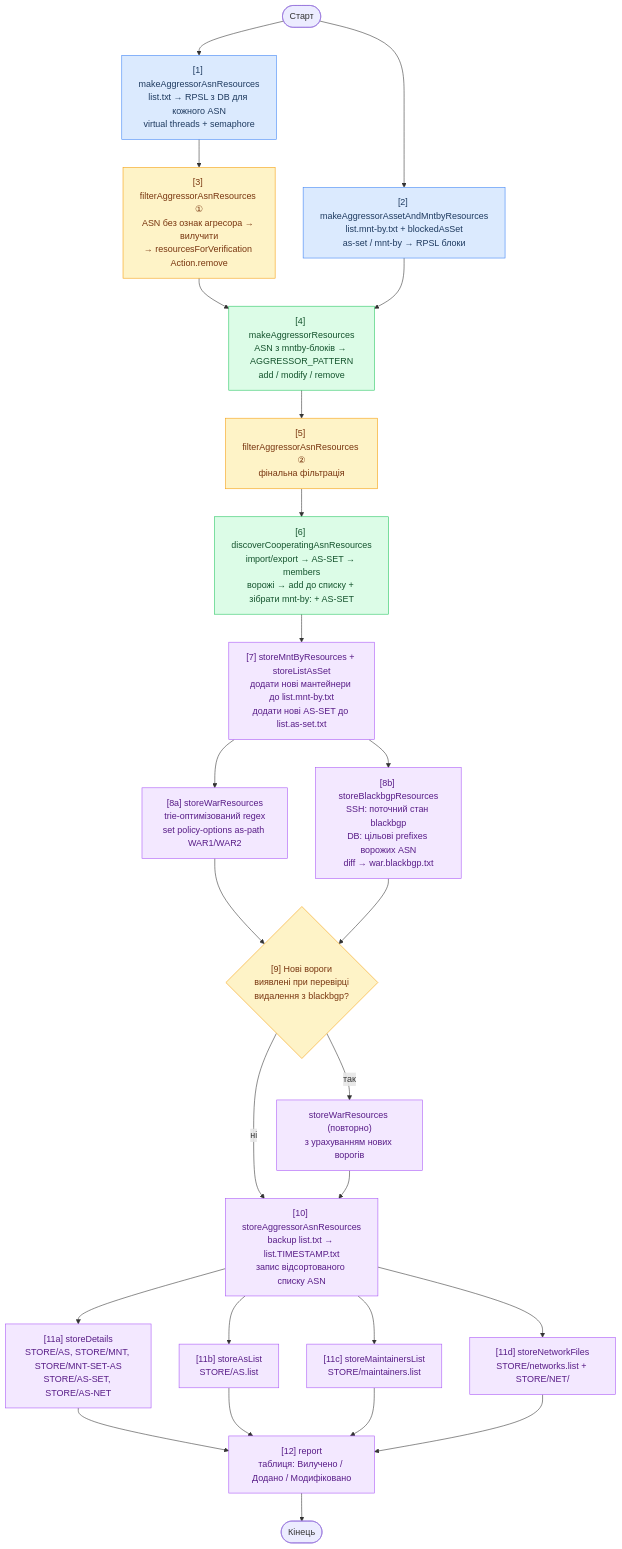
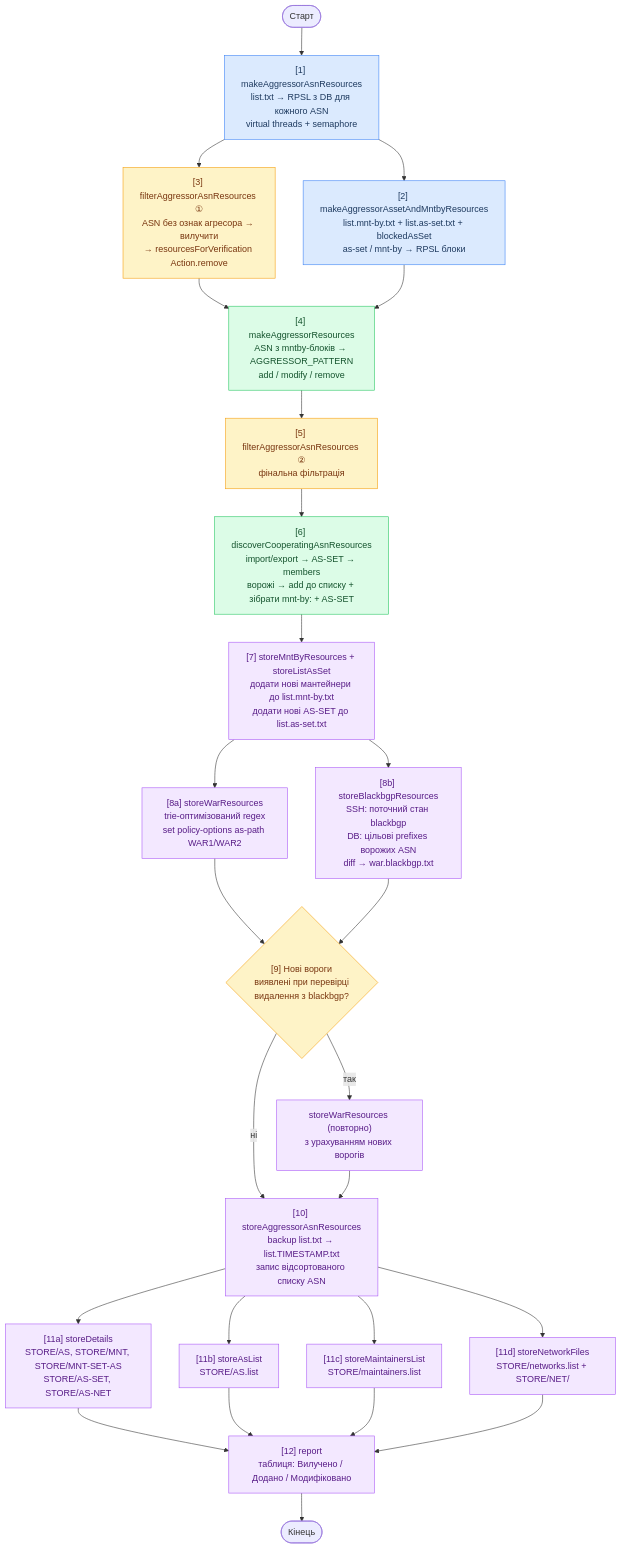
Before and after one commit to oldengremlin/asblockwar: the diagram in README.md, drawn with Mermaid. The commit also changed other lines of this file, not shown here.

````diff
--- a/README.md
+++ b/README.md
@@ -196,68 +198,68 @@
 ```mermaid
 flowchart TD
     Start([Старт])
 
     Start --> M1
-    Start --> M2
+    M1 --> M2
 
     M1["[1] makeAggressorAsnResources\nlist.txt → RPSL з DB для кожного ASN\nvirtual threads + semaphore"]
-    M2["[2] makeAggressorAssetAndMntbyResources\nlist.mnt-by.txt + blockedAsSet\nas-set / mnt-by → RPSL блоки"]
+    M2["[2] makeAggressorAssetAndMntbyResources\nlist.mnt-by.txt + list.as-set.txt + blockedAsSet\nas-set / mnt-by → RPSL блоки"]
 
     M1 --> F1["[3] filterAggressorAsnResources ①\nASN без ознак агресора → вилучити\n→ resourcesForVerification Action.remove"]
 
     F1 --> MR
     M2 --> MR
 
     MR["[4] makeAggressorResources\nASN з mntby-блоків → AGGRESSOR_PATTERN\nadd / modify / remove"]
 
     MR --> F2["[5] filterAggressorAsnResources ②\nфінальна фільтрація"]
 
     F2 --> DC["[6] discoverCooperatingAsnResources\nimport/export → AS-SET → members\nворожі → add до списку + зібрати mnt-by: + AS-SET"]
 
     DC --> SM["[7] storeMntByResources + storeListAsSet\nдодати нові мантейнери до list.mnt-by.txt\nдодати нові AS-SET до list.as-set.txt"]
 
     SM --> WR
     SM --> BG
 
     WR["[8a] storeWarResources\ntrie-оптимізований regex\nset policy-options as-path WAR1/WAR2"]
     BG["[8b] storeBlackbgpResources\nSSH: поточний стан blackbgp\nDB: цільові prefixes ворожих ASN\ndiff → war.blackbgp.txt"]
 
     WR --> NE
     BG --> NE
 
     NE{"[9] Нові вороги\nвиявлені при перевірці\nвидалення з blackbgp?"}
     NE -- так --> WR2["storeWarResources (повторно)\nз урахуванням нових ворогів"]
     NE -- ні --> ST
     WR2 --> ST
 
     ST["[10] storeAggressorAsnResources\nbackup list.txt → list.TIMESTAMP.txt\nзапис відсортованого списку ASN"]
 
     ST --> SD
     ST --> AL
     ST --> ML
     ST --> NF
 
     SD["[11a] storeDetails\nSTORE/AS, STORE/MNT, STORE/MNT-SET-AS\nSTORE/AS-SET, STORE/AS-NET"]
     AL["[11b] storeAsList\nSTORE/AS.list"]
     ML["[11c] storeMaintainersList\nSTORE/maintainers.list"]
     NF["[11d] storeNetworkFiles\nSTORE/networks.list + STORE/NET/"]
 
     SD --> RP
     AL --> RP
     ML --> RP
     NF --> RP
 
     RP["[12] report\nтаблиця: Вилучено / Додано / Модифіковано"]
 
     RP --> End([Кінець])
 
     classDef input   fill:#dbeafe,stroke:#3b82f6,color:#1e3a5f
     classDef filter  fill:#fef3c7,stroke:#f59e0b,color:#78350f
     classDef process fill:#dcfce7,stroke:#22c55e,color:#14532d
     classDef output  fill:#f3e8ff,stroke:#a855f7,color:#581c87
 
     class M1,M2 input
     class F1,F2,NE filter
     class MR,DC process
     class SM,WR,BG,WR2,ST,SD,AL,ML,NF,RP output
 ```
````
